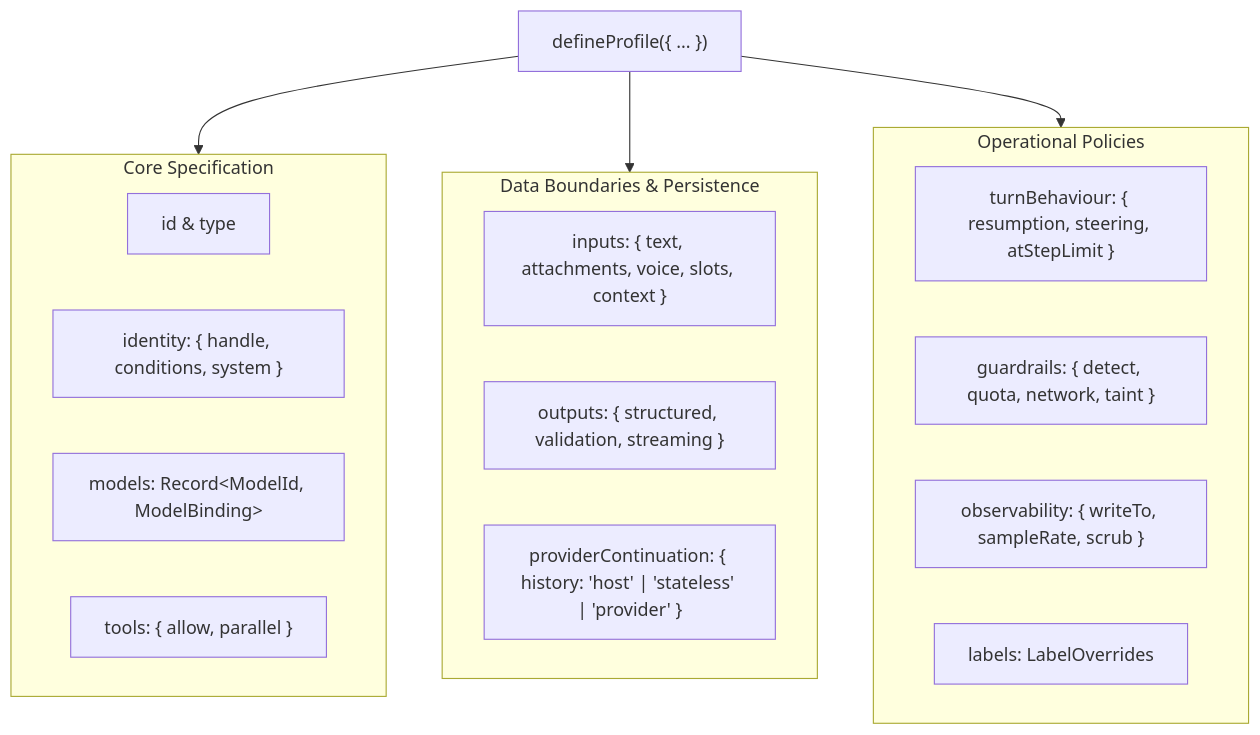
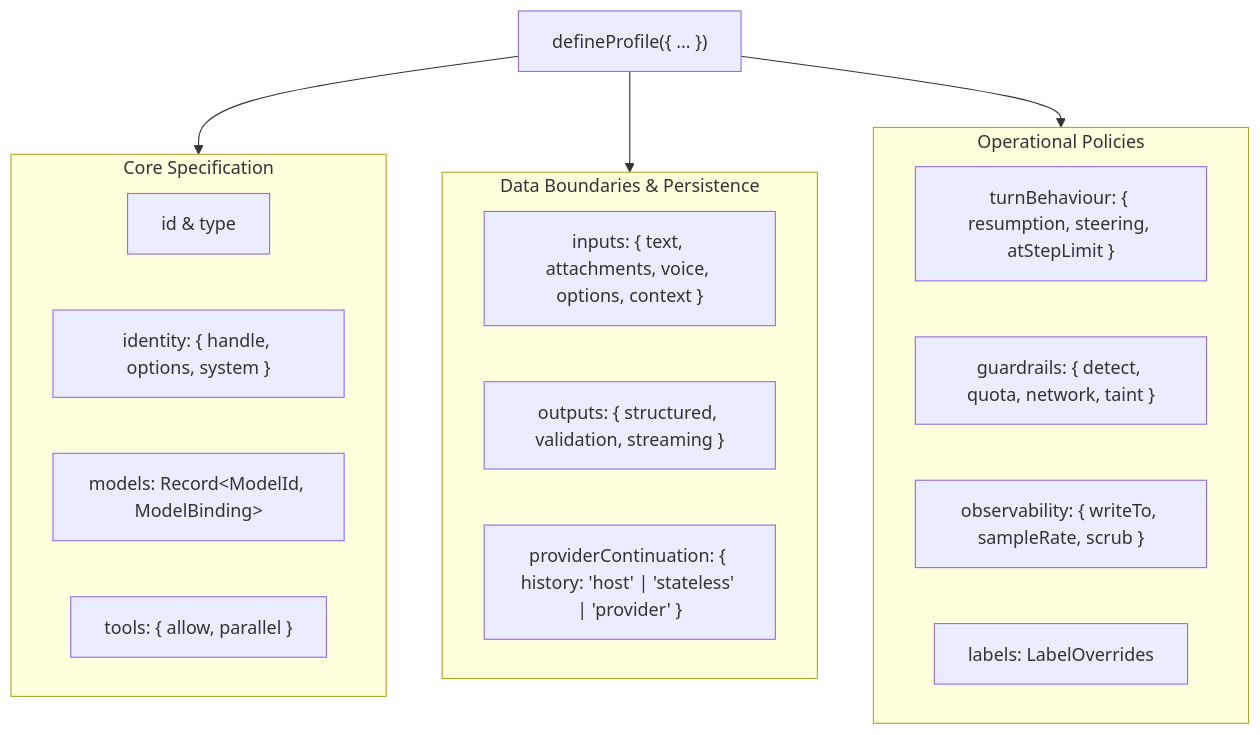
The first of 2 diagrams in docs/writing/publicdocumentation/2-1-profiles.md (masudl-hub/theoremai), drawn with Mermaid before and after one commit. The commit also changed other lines of this file and 126 other files, not shown here.

First line of the commit message:
feat(profiles)!: slots and conditions become one concept, options

````diff
--- a/docs/writing/publicdocumentation/2-1-profiles.md
+++ b/docs/writing/publicdocumentation/2-1-profiles.md
@@ -13,28 +13,28 @@
 ```mermaid
 graph TD
     Profile["defineProfile({ ... })"]
 
     subgraph CoreContract["Core Specification"]
         IdType["id & type"]
-        Identity["identity: { handle, conditions, system }"]
+        Identity["identity: { handle, options, system }"]
         Models["models: Record&lt;ModelId, ModelBinding&gt;"]
         Tools["tools: { allow, parallel }"]
     end
 
     subgraph DataBoundaries["Data Boundaries & Persistence"]
-        Inputs["inputs: { text, attachments, voice, slots, context }"]
+        Inputs["inputs: { text, attachments, voice, options, context }"]
         Outputs["outputs: { structured, validation, streaming }"]
         ProviderContinuation["providerContinuation: { history: 'host' | 'stateless' | 'provider' }"]
     end
 
     subgraph OperationalPolicies["Operational Policies"]
         TurnBehaviour["turnBehaviour: { resumption, steering, atStepLimit }"]
         Guardrails["guardrails: { detect, quota, network, taint }"]
         Observability["observability: { writeTo, sampleRate, scrub }"]
         Labels["labels: LabelOverrides"]
     end
 
     Profile --> CoreContract
     Profile --> DataBoundaries
     Profile --> OperationalPolicies
 ```
````
